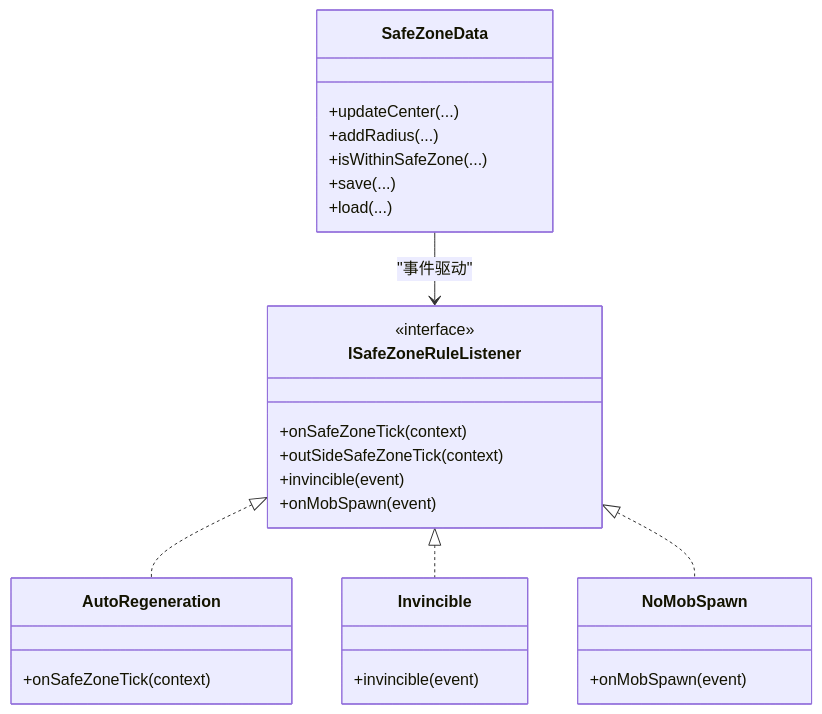
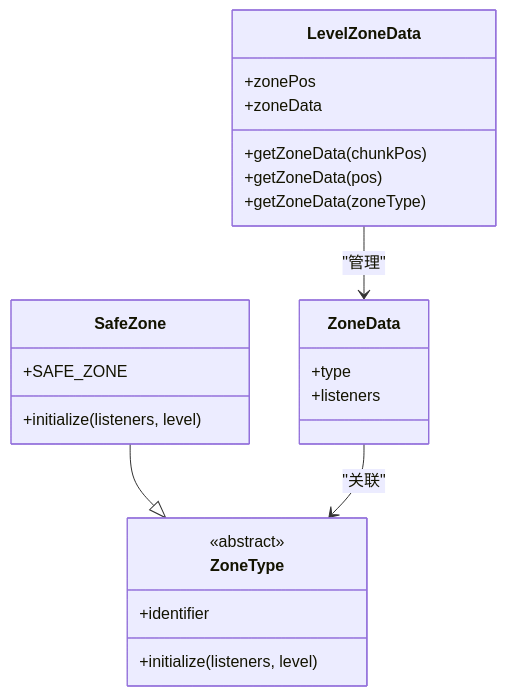
Before and after one commit to Ver-shift/SubModulesGeneHunter: the sixth of 7 diagrams in .qoder/repowiki/zh/content/部署与配置/服务器配置.md, drawn with Mermaid. The commit also changed other lines of this file and 49 other files, not shown here.

````diff
--- a/.qoder/repowiki/zh/content/部署与配置/服务器配置.md
+++ b/.qoder/repowiki/zh/content/部署与配置/服务器配置.md
@@ -210,30 +302,26 @@
 ```mermaid
 classDiagram
-class ISafeZoneRuleListener {
-<<interface>>
-+onSafeZoneTick(context)
-+outSideSafeZoneTick(context)
-+invincible(event)
-+onMobSpawn(event)
+class SafeZone {
++SAFE_ZONE
++initialize(listeners, level)
 }
-class AutoRegeneration {
-+onSafeZoneTick(context)
+class ZoneType {
+<<abstract>>
++identifier
++initialize(listeners, level)
 }
-class Invincible {
-+invincible(event)
+class LevelZoneData {
++zonePos
++zoneData
++getZoneData(chunkPos)
++getZoneData(pos)
++getZoneData(zoneType)
 }
-class NoMobSpawn {
-+onMobSpawn(event)
+class ZoneData {
++type
++listeners
 }
-class SafeZoneData {
-+updateCenter(...)
-+addRadius(...)
-+isWithinSafeZone(...)
-+save(...)
-+load(...)
-}
-ISafeZoneRuleListener <|.. AutoRegeneration
-ISafeZoneRuleListener <|.. Invincible
-ISafeZoneRuleListener <|.. NoMobSpawn
-SafeZoneData --> ISafeZoneRuleListener : "事件驱动"
+SafeZone --|> ZoneType
+LevelZoneData --> ZoneData : "管理"
+ZoneData --> ZoneType : "关联"
 ```
````
